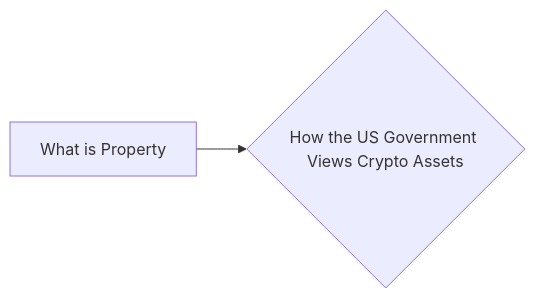
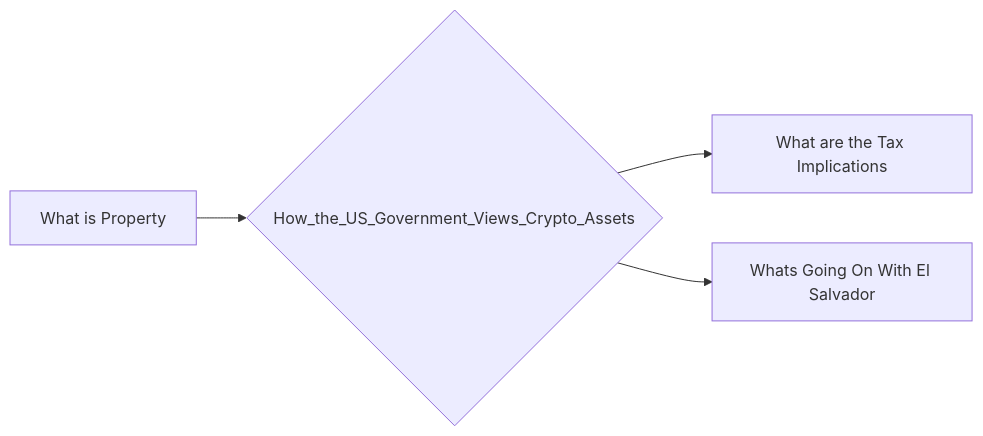
The diagram in notes/How_the_US_Government_Views_Crypto_Assets.md (lpurdy01/crypto-knowledge-map), drawn with Mermaid before and after one commit. The commit also changed 161 other files, not shown here.

````diff
--- a/notes/How_the_US_Government_Views_Crypto_Assets.md
+++ b/notes/How_the_US_Government_Views_Crypto_Assets.md
@@ -6,4 +6,6 @@
 ```mermaid
 graph LR
-1["What is Property"]-->0{"How the US Government Views Crypto Assets"}
+1["What is Property"]-->0{"How_the_US_Government_Views_Crypto_Assets"}
+0{"How_the_US_Government_Views_Crypto_Assets"}-->2["What are the Tax Implications"]
+0{"How_the_US_Government_Views_Crypto_Assets"}-->3["Whats Going On With El Salvador"]
 ```
````
